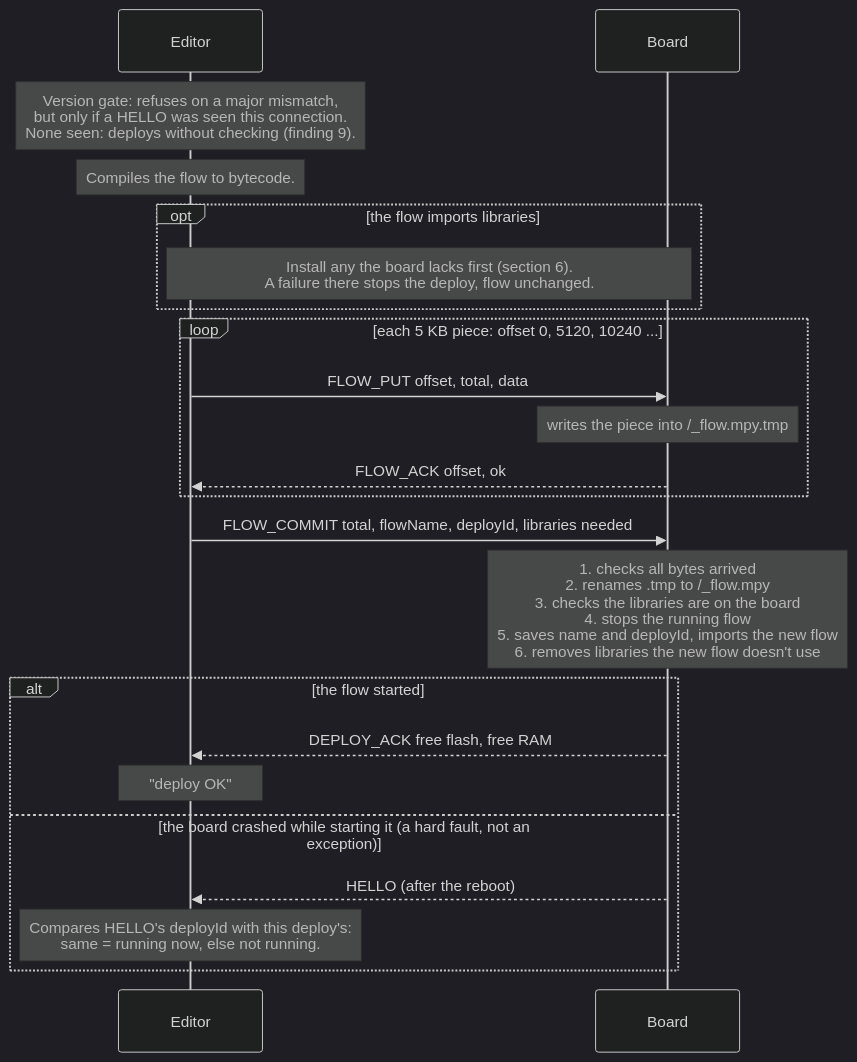
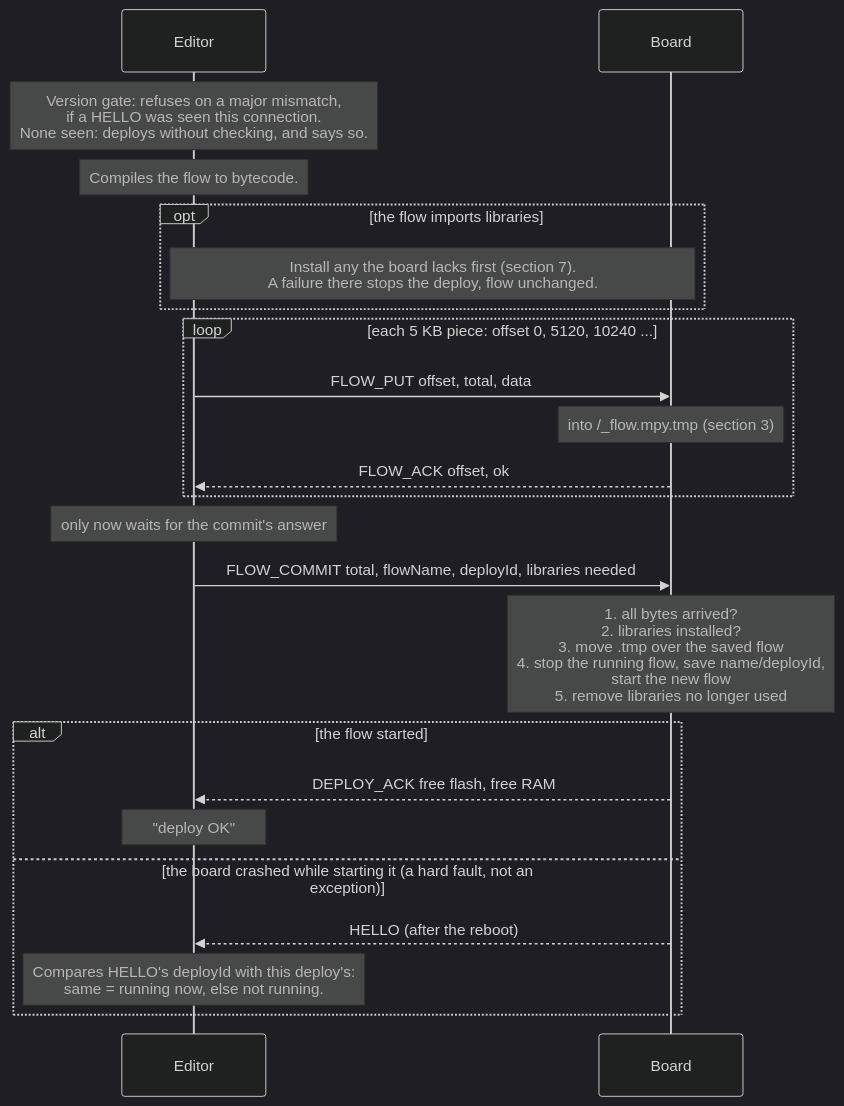
Before and after one commit to mkarliner/ThingStudio: the fourth of 11 diagrams in interfaces/protocol/SEQUENCES.md, drawn with Mermaid (dark theme). The commit also changed other lines of this file and 8 other files, not shown here.

First line of the commit message:
docs: protocol diagrams, coverage, decisions and follow-up review for SPEC §7

````diff
--- a/interfaces/protocol/SEQUENCES.md
+++ b/interfaces/protocol/SEQUENCES.md
@@ -108,24 +137,25 @@
 ```mermaid
 sequenceDiagram
     participant E as Editor
     participant B as Board
-    Note over E: Version gate: refuses on a major mismatch,<br/>but only if a HELLO was seen this connection.<br/>None seen: deploys without checking (finding 9).
+    Note over E: Version gate: refuses on a major mismatch,<br/>if a HELLO was seen this connection.<br/>None seen: deploys without checking, and says so.
     Note over E: Compiles the flow to bytecode.
     opt the flow imports libraries
-        Note over E,B: Install any the board lacks first (section 6).<br/>A failure there stops the deploy, flow unchanged.
+        Note over E,B: Install any the board lacks first (section 7).<br/>A failure there stops the deploy, flow unchanged.
     end
     loop each 5 KB piece: offset 0, 5120, 10240 ...
         E->>B: FLOW_PUT offset, total, data
-        Note over B: writes the piece into /_flow.mpy.tmp
+        Note over B: into /_flow.mpy.tmp (section 3)
         B-->>E: FLOW_ACK offset, ok
     end
+    Note over E: only now waits for the commit's answer
     E->>B: FLOW_COMMIT total, flowName, deployId, libraries needed
-    Note over B: 1. checks all bytes arrived<br/>2. renames .tmp to /_flow.mpy<br/>3. checks the libraries are on the board<br/>4. stops the running flow<br/>5. saves name and deployId, imports the new flow<br/>6. removes libraries the new flow doesn't use
+    Note over B: 1. all bytes arrived?<br/>2. libraries installed?<br/>3. move .tmp over the saved flow<br/>4. stop the running flow, save name/deployId,<br/>start the new flow<br/>5. remove libraries no longer used
     alt the flow started
         B-->>E: DEPLOY_ACK free flash, free RAM
         Note over E: "deploy OK"
     else the board crashed while starting it (a hard fault, not an exception)
         B-->>E: HELLO (after the reboot)
         Note over E: Compares HELLO's deployId with this deploy's:<br/>same = running now, else not running.
     end
 ```
````
